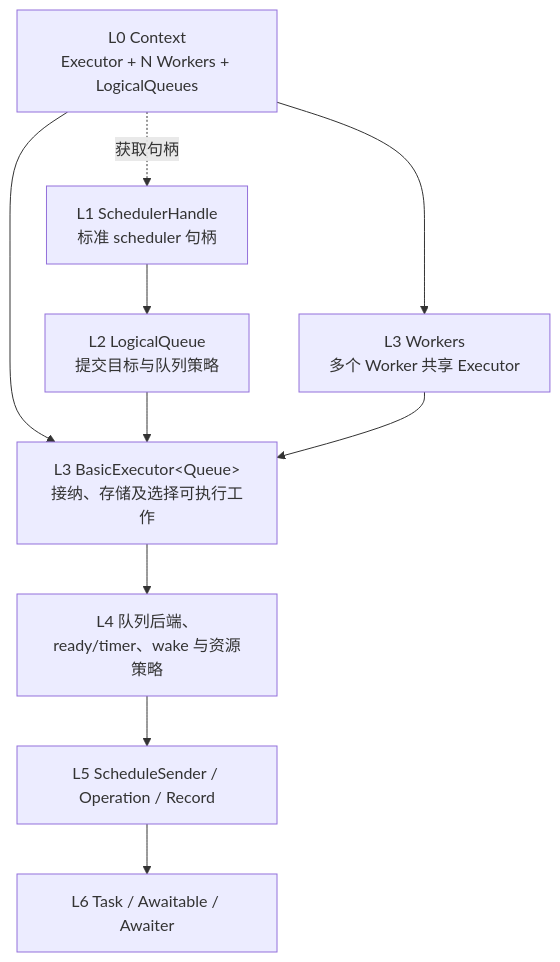
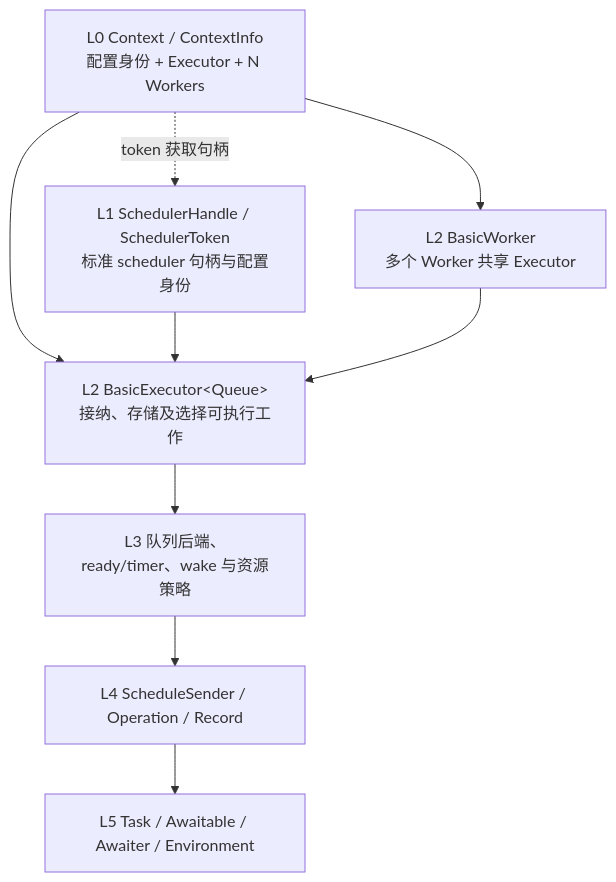
Before and after one commit to mmmmmcree/async: the second of 4 diagrams in CORE_DESIGN.md, drawn with Mermaid. The commit also changed other lines of this file and 16 other files, not shown here.

````diff
--- a/CORE_DESIGN.md
+++ b/CORE_DESIGN.md
@@ -109,20 +109,18 @@
 ```mermaid
 flowchart TB
-    C["L0 Context<br/>Executor + N Workers + LogicalQueues"]
-    S["L1 SchedulerHandle<br/>标准 scheduler 句柄"]
-    Q["L2 LogicalQueue<br/>提交目标与队列策略"]
-    E["L3 BasicExecutor&lt;Queue&gt;<br/>接纳、存储及选择可执行工作"]
-    W["L3 Workers<br/>多个 Worker 共享 Executor"]
-    P["L4 队列后端、ready/timer、wake 与资源策略"]
-    O["L5 ScheduleSender / Operation / Record"]
-    T["L6 Task / Awaitable / Awaiter"]
+    C["L0 Context / ContextInfo<br/>配置身份 + Executor + N Workers"]
+    S["L1 SchedulerHandle / SchedulerToken<br/>标准 scheduler 句柄与配置身份"]
+    E["L2 BasicExecutor&lt;Queue&gt;<br/>接纳、存储及选择可执行工作"]
+    W["L2 BasicWorker<br/>多个 Worker 共享 Executor"]
+    P["L3 队列后端、ready/timer、wake 与资源策略"]
+    O["L4 ScheduleSender / Operation / Record"]
+    T["L5 Task / Awaitable / Awaiter / Environment"]
     C --> E
     C --> W
-    C -.->|"获取句柄"| S
-    S --> Q
-    Q --> E
+    C -.->|"token 获取句柄"| S
+    S --> E
     W --> E
     E --> P
     P --> O
     O --> T
 ```
````
